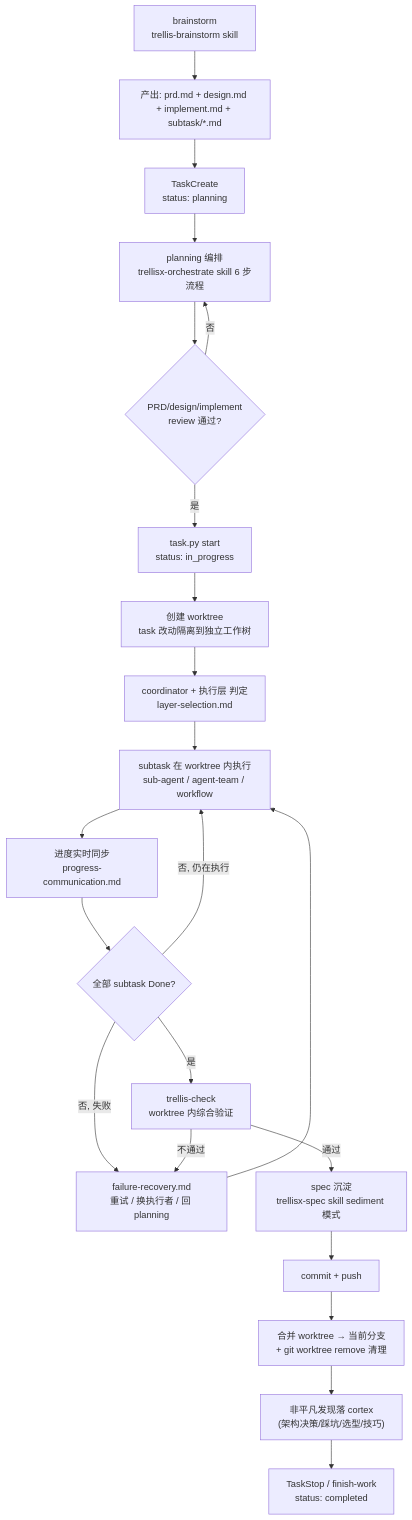
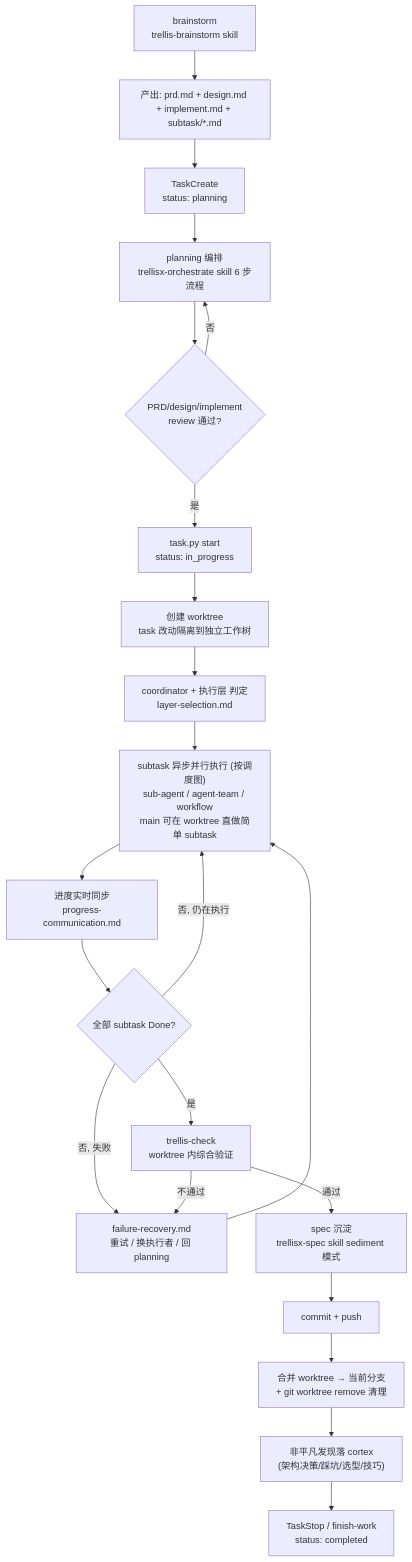
Before and after one commit to lazygophers/ccplugin: the diagram in plugins/tools/trellisx/skills/trellisx-orchestrate/references/task-lifecycle.md, drawn with Mermaid. The commit also changed 1 other file, not shown here.

Commit message:
polish(trellisx): task-lifecycle/layer 补异步并行 + main worktree 约束

````diff
--- a/plugins/tools/trellisx/skills/trellisx-orchestrate/references/task-lifecycle.md
+++ b/plugins/tools/trellisx/skills/trellisx-orchestrate/references/task-lifecycle.md
@@ -7,24 +7,24 @@
 ```mermaid
 flowchart TB
     BS["brainstorm<br/>trellis-brainstorm skill"] --> ARTIFACTS["产出: prd.md + design.md + implement.md + subtask/*.md"]
     ARTIFACTS --> TC["TaskCreate<br/>status: planning"]
     TC --> PLAN["planning 编排<br/>trellisx-orchestrate skill 6 步流程"]
     PLAN --> REVIEW{"PRD/design/implement<br/>review 通过?"}
     REVIEW -->|否| PLAN
     REVIEW -->|是| START["task.py start<br/>status: in_progress"]
     START --> WT["创建 worktree<br/>task 改动隔离到独立工作树"]
     WT --> COORD["coordinator + 执行层 判定<br/>layer-selection.md"]
-    COORD --> EXEC["subtask 在 worktree 内执行<br/>sub-agent / agent-team / workflow"]
+    COORD --> EXEC["subtask 异步并行执行 (按调度图)<br/>sub-agent / agent-team / workflow<br/>main 可在 worktree 直做简单 subtask"]
     EXEC --> COMM["进度实时同步<br/>progress-communication.md"]
     COMM --> CHECK{"全部 subtask Done?"}
     CHECK -->|否, 失败| RECOVER["failure-recovery.md<br/>重试 / 换执行者 / 回 planning"]
     RECOVER --> EXEC
     CHECK -->|否, 仍在执行| EXEC
     CHECK -->|是| VERIFY["trellis-check<br/>worktree 内综合验证"]
     VERIFY -->|不通过| RECOVER
     VERIFY -->|通过| SPEC["spec 沉淀<br/>trellisx-spec skill sediment 模式"]
     SPEC --> COMMIT["commit + push"]
     COMMIT --> MERGE["合并 worktree → 当前分支<br/>+ git worktree remove 清理"]
     MERGE --> CORTEX["非平凡发现落 cortex<br/>(架构决策/踩坑/选型/技巧)"]
     CORTEX --> STOP["TaskStop / finish-work<br/>status: completed"]
 ```
````
